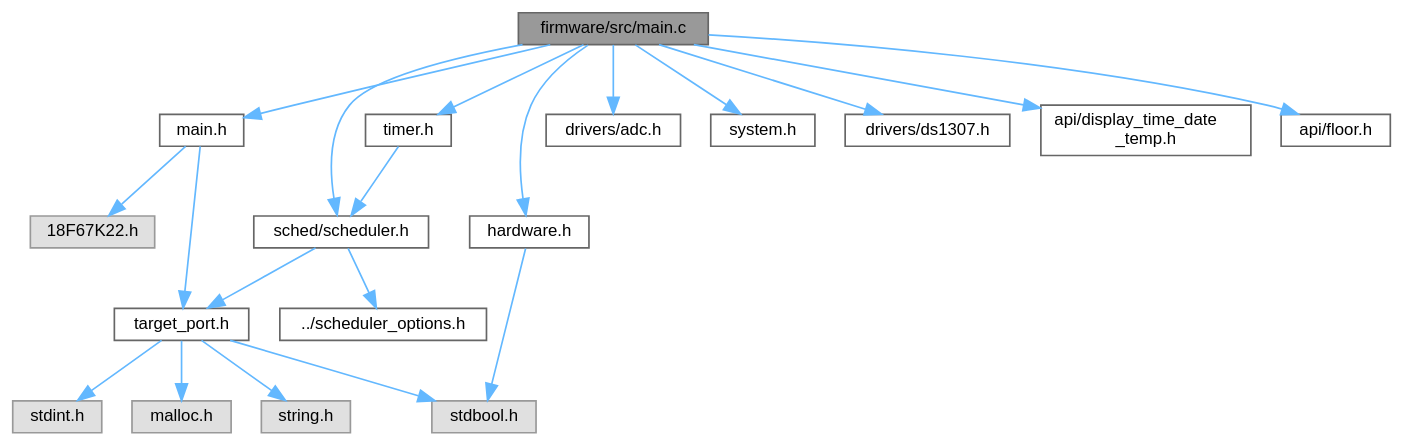
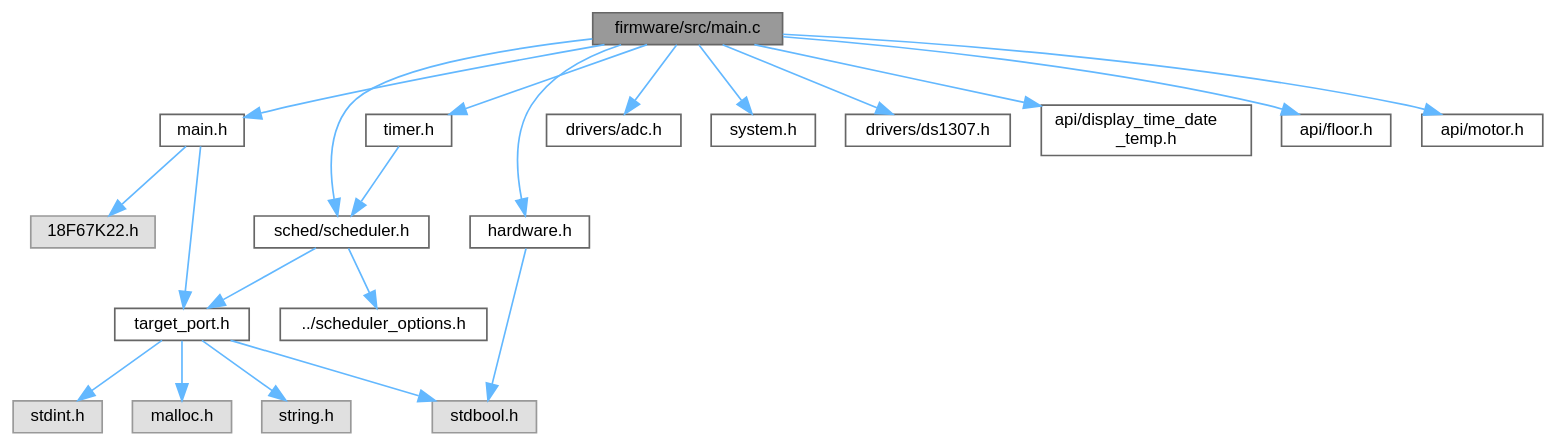
One commit to Ghaadyy/elevator-controller changed the diagram in dev/main_8c__incl.dot. Above: the diagram before and after it, drawn with Graphviz. The commit also changed 95 other files, not shown here.

```diff
--- a/dev/main_8c__incl.dot
+++ b/dev/main_8c__incl.dot
@@ -1,43 +1,45 @@
 digraph "firmware/src/main.c"
 {
  // LATEX_PDF_SIZE
   bgcolor="transparent";
   edge [fontname=Helvetica,fontsize=10,labelfontname=Helvetica,labelfontsize=10];
   node [fontname=Helvetica,fontsize=10,shape=box,height=0.2,width=0.4];
   Node1 [id="Node000001",label="firmware/src/main.c",height=0.2,width=0.4,color="gray40", fillcolor="grey60", style="filled", fontcolor="black",tooltip=" "];
   Node1 -> Node2 [id="edge1_Node000001_Node000002",color="steelblue1",style="solid",tooltip=" "];
   Node2 [id="Node000002",label="main.h",height=0.2,width=0.4,color="grey40", fillcolor="white", style="filled",URL="$main_8h.html",tooltip=" "];
   Node2 -> Node3 [id="edge2_Node000002_Node000003",color="steelblue1",style="solid",tooltip=" "];
   Node3 [id="Node000003",label="18F67K22.h",height=0.2,width=0.4,color="grey60", fillcolor="#E0E0E0", style="filled",tooltip=" "];
   Node2 -> Node4 [id="edge3_Node000002_Node000004",color="steelblue1",style="solid",tooltip=" "];
   Node4 [id="Node000004",label="target_port.h",height=0.2,width=0.4,color="grey40", fillcolor="white", style="filled",URL="$target__port_8h.html",tooltip=" "];
   Node4 -> Node5 [id="edge4_Node000004_Node000005",color="steelblue1",style="solid",tooltip=" "];
   Node5 [id="Node000005",label="stdbool.h",height=0.2,width=0.4,color="grey60", fillcolor="#E0E0E0", style="filled",tooltip=" "];
   Node4 -> Node6 [id="edge5_Node000004_Node000006",color="steelblue1",style="solid",tooltip=" "];
   Node6 [id="Node000006",label="stdint.h",height=0.2,width=0.4,color="grey60", fillcolor="#E0E0E0", style="filled",tooltip=" "];
   Node4 -> Node7 [id="edge6_Node000004_Node000007",color="steelblue1",style="solid",tooltip=" "];
   Node7 [id="Node000007",label="malloc.h",height=0.2,width=0.4,color="grey60", fillcolor="#E0E0E0", style="filled",tooltip=" "];
   Node4 -> Node8 [id="edge7_Node000004_Node000008",color="steelblue1",style="solid",tooltip=" "];
   Node8 [id="Node000008",label="string.h",height=0.2,width=0.4,color="grey60", fillcolor="#E0E0E0", style="filled",tooltip=" "];
   Node1 -> Node9 [id="edge8_Node000001_Node000009",color="steelblue1",style="solid",tooltip=" "];
   Node9 [id="Node000009",label="drivers/adc.h",height=0.2,width=0.4,color="grey40", fillcolor="white", style="filled",URL="$adc_8h.html",tooltip=" "];
   Node1 -> Node10 [id="edge9_Node000001_Node000010",color="steelblue1",style="solid",tooltip=" "];
   Node10 [id="Node000010",label="hardware.h",height=0.2,width=0.4,color="grey40", fillcolor="white", style="filled",URL="$hardware_8h.html",tooltip=" "];
   Node10 -> Node5 [id="edge10_Node000010_Node000005",color="steelblue1",style="solid",tooltip=" "];
   Node1 -> Node11 [id="edge11_Node000001_Node000011",color="steelblue1",style="solid",tooltip=" "];
   Node11 [id="Node000011",label="sched/scheduler.h",height=0.2,width=0.4,color="grey40", fillcolor="white", style="filled",URL="$scheduler_8h.html",tooltip=" "];
   Node11 -> Node12 [id="edge12_Node000011_Node000012",color="steelblue1",style="solid",tooltip=" "];
   Node12 [id="Node000012",label="../scheduler_options.h",height=0.2,width=0.4,color="grey40", fillcolor="white", style="filled",URL="$scheduler__options_8h.html",tooltip=" "];
   Node11 -> Node4 [id="edge13_Node000011_Node000004",color="steelblue1",style="solid",tooltip=" "];
   Node1 -> Node13 [id="edge14_Node000001_Node000013",color="steelblue1",style="solid",tooltip=" "];
   Node13 [id="Node000013",label="system.h",height=0.2,width=0.4,color="grey40", fillcolor="white", style="filled",URL="$system_8h.html",tooltip=" "];
   Node1 -> Node14 [id="edge15_Node000001_Node000014",color="steelblue1",style="solid",tooltip=" "];
   Node14 [id="Node000014",label="timer.h",height=0.2,width=0.4,color="grey40", fillcolor="white", style="filled",URL="$timer_8h.html",tooltip=" "];
   Node14 -> Node11 [id="edge16_Node000014_Node000011",color="steelblue1",style="solid",tooltip=" "];
   Node1 -> Node15 [id="edge17_Node000001_Node000015",color="steelblue1",style="solid",tooltip=" "];
   Node15 [id="Node000015",label="drivers/ds1307.h",height=0.2,width=0.4,color="grey40", fillcolor="white", style="filled",URL="$ds1307_8h.html",tooltip=" "];
   Node1 -> Node16 [id="edge18_Node000001_Node000016",color="steelblue1",style="solid",tooltip=" "];
   Node16 [id="Node000016",label="api/display_time_date\l_temp.h",height=0.2,width=0.4,color="grey40", fillcolor="white", style="filled",URL="$display__time__date__temp_8h.html",tooltip=" "];
   Node1 -> Node17 [id="edge19_Node000001_Node000017",color="steelblue1",style="solid",tooltip=" "];
   Node17 [id="Node000017",label="api/floor.h",height=0.2,width=0.4,color="grey40", fillcolor="white", style="filled",URL="$floor_8h.html",tooltip="The API to access the elevator's floor state."];
+  Node1 -> Node18 [id="edge20_Node000001_Node000018",color="steelblue1",style="solid",tooltip=" "];
+  Node18 [id="Node000018",label="api/motor.h",height=0.2,width=0.4,color="grey40", fillcolor="white", style="filled",URL="$motor_8h.html",tooltip=" "];
 }
```
